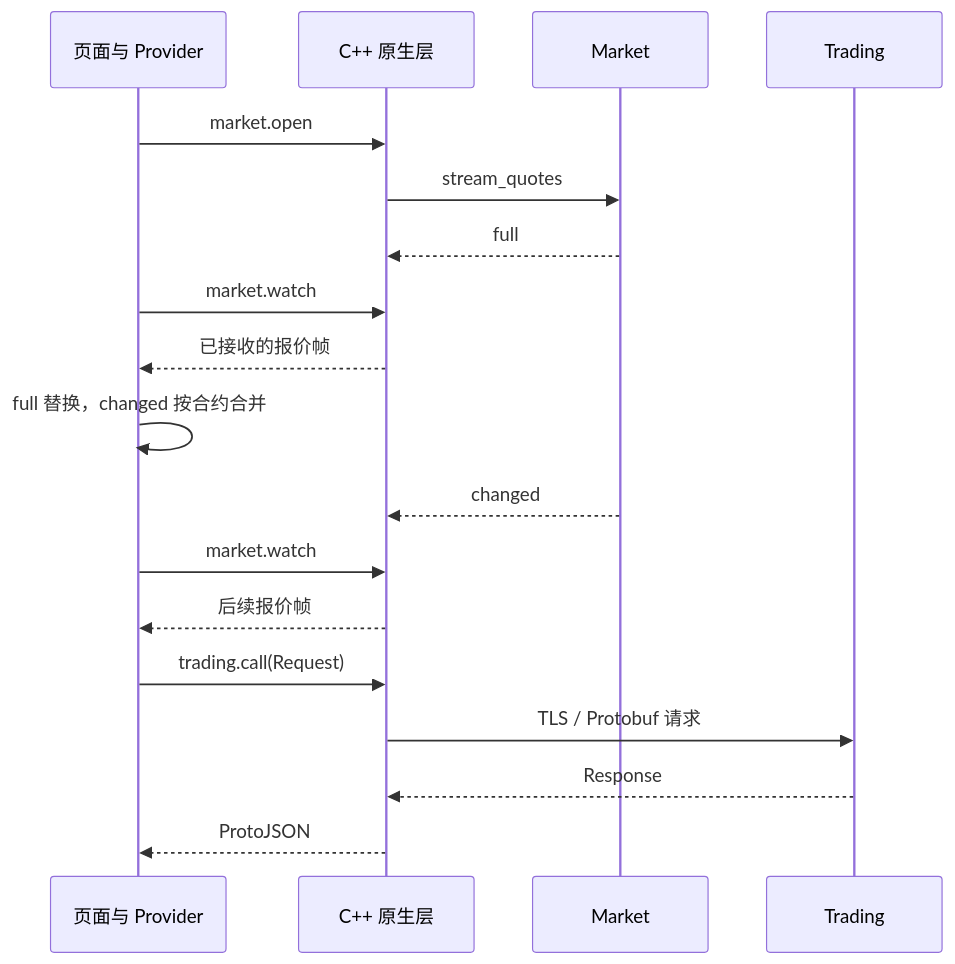
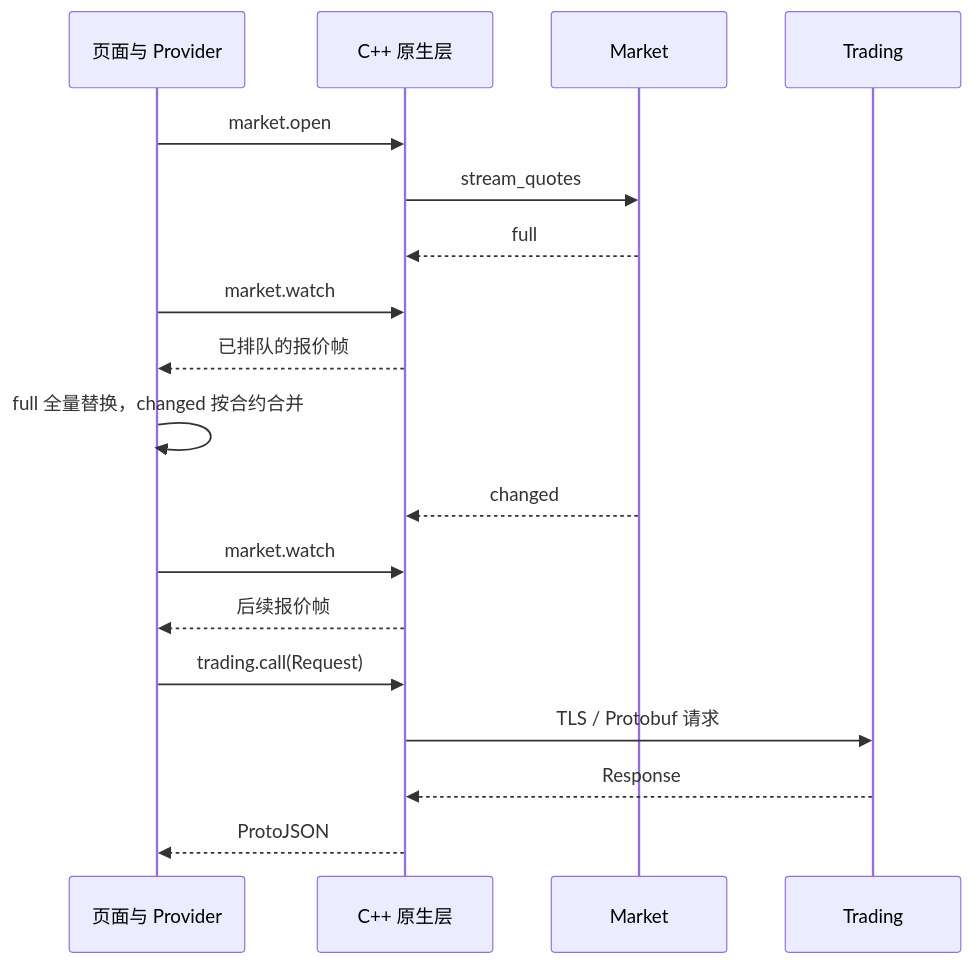
One commit to isqiwen/asterion-terminal changed the fourth of 4 diagrams in docs/terminal/architecture.md. Above: the diagram before and after it, drawn with Mermaid. The commit also changed other lines of this file and 26 other files, not shown here.

````diff
--- a/docs/terminal/architecture.md
+++ b/docs/terminal/architecture.md
@@ -83,20 +83,20 @@
 ```mermaid
 sequenceDiagram
     participant UI as 页面与 Provider
     participant Native as C++ 原生层
     participant Market
     participant Trading
     UI->>Native: market.open
     Native->>Market: stream_quotes
     Market-->>Native: full
     UI->>Native: market.watch
-    Native-->>UI: 已接收的报价帧
-    UI->>UI: full 替换，changed 按合约合并
+    Native-->>UI: 已排队的报价帧
+    UI->>UI: full 全量替换，changed 按合约合并
     Market-->>Native: changed
     UI->>Native: market.watch
     Native-->>UI: 后续报价帧
     UI->>Native: trading.call(Request)
     Native->>Trading: TLS / Protobuf 请求
     Trading-->>Native: Response
     Native-->>UI: ProtoJSON
 ```
````
